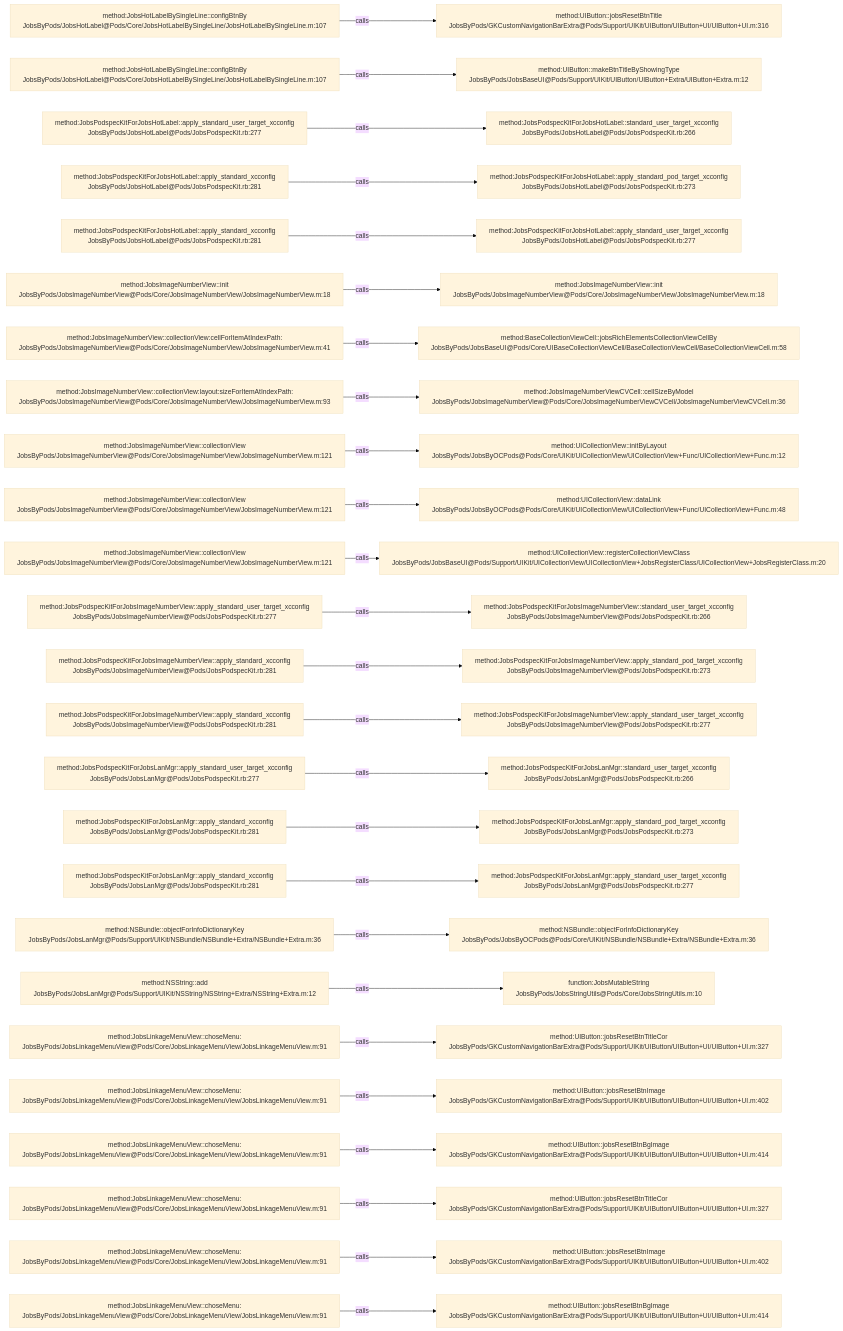
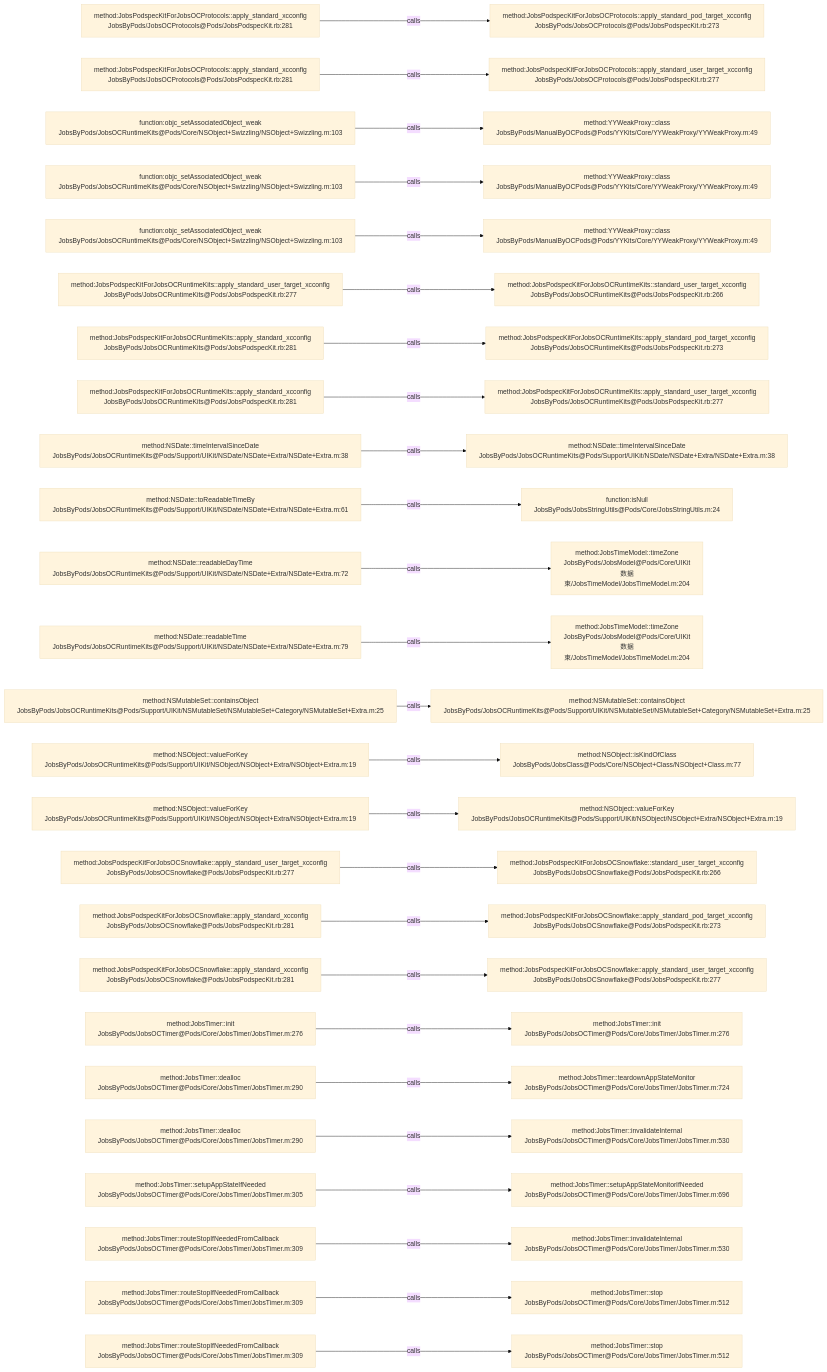
Before and after one commit to JobsKits/JobsOCBaseConfigDemo: the diagram in .codegraph/codegraph.md/graphs/calls-096.md, drawn with Mermaid (base theme). The commit also changed 573 other files, not shown here.

````diff
--- a/.codegraph/codegraph.md/graphs/calls-096.md
+++ b/.codegraph/codegraph.md/graphs/calls-096.md
@@ -13,78 +13,78 @@
 ```mermaid
 flowchart LR
-  S1["method:JobsHotLabelBySingleLine::configBtnBy<br/>JobsByPods/JobsHotLabel@Pods/Core/JobsHotLabelBySingleLine/JobsHotLabelBySingleLine.m:107"]
-  T1["method:UIButton::jobsResetBtnTitle<br/>JobsByPods/GKCustomNavigationBarExtra@Pods/Support/UIKit/UIButton/UIButton+UI/UIButton+UI.m:316"]
+  S1["method:JobsPodspecKitForJobsOCProtocols::apply_standard_xcconfig<br/>JobsByPods/JobsOCProtocols@Pods/JobsPodspecKit.rb:281"]
+  T1["method:JobsPodspecKitForJobsOCProtocols::apply_standard_pod_target_xcconfig<br/>JobsByPods/JobsOCProtocols@Pods/JobsPodspecKit.rb:273"]
   S1 -->|calls| T1
-  S2["method:JobsHotLabelBySingleLine::configBtnBy<br/>JobsByPods/JobsHotLabel@Pods/Core/JobsHotLabelBySingleLine/JobsHotLabelBySingleLine.m:107"]
-  T2["method:UIButton::makeBtnTitleByShowingType<br/>JobsByPods/JobsBaseUI@Pods/Support/UIKit/UIButton/UIButton+Extra/UIButton+Extra.m:12"]
+  S2["method:JobsPodspecKitForJobsOCProtocols::apply_standard_xcconfig<br/>JobsByPods/JobsOCProtocols@Pods/JobsPodspecKit.rb:281"]
+  T2["method:JobsPodspecKitForJobsOCProtocols::apply_standard_user_target_xcconfig<br/>JobsByPods/JobsOCProtocols@Pods/JobsPodspecKit.rb:277"]
   S2 -->|calls| T2
-  S3["method:JobsPodspecKitForJobsHotLabel::apply_standard_user_target_xcconfig<br/>JobsByPods/JobsHotLabel@Pods/JobsPodspecKit.rb:277"]
-  T3["method:JobsPodspecKitForJobsHotLabel::standard_user_target_xcconfig<br/>JobsByPods/JobsHotLabel@Pods/JobsPodspecKit.rb:266"]
+  S3["function:objc_setAssociatedObject_weak<br/>JobsByPods/JobsOCRuntimeKits@Pods/Core/NSObject+Swizzling/NSObject+Swizzling.m:103"]
+  T3["method:YYWeakProxy::class<br/>JobsByPods/ManualByOCPods@Pods/YYKits/Core/YYWeakProxy/YYWeakProxy.m:49"]
   S3 -->|calls| T3
-  S4["method:JobsPodspecKitForJobsHotLabel::apply_standard_xcconfig<br/>JobsByPods/JobsHotLabel@Pods/JobsPodspecKit.rb:281"]
-  T4["method:JobsPodspecKitForJobsHotLabel::apply_standard_pod_target_xcconfig<br/>JobsByPods/JobsHotLabel@Pods/JobsPodspecKit.rb:273"]
+  S4["function:objc_setAssociatedObject_weak<br/>JobsByPods/JobsOCRuntimeKits@Pods/Core/NSObject+Swizzling/NSObject+Swizzling.m:103"]
+  T4["method:YYWeakProxy::class<br/>JobsByPods/ManualByOCPods@Pods/YYKits/Core/YYWeakProxy/YYWeakProxy.m:49"]
   S4 -->|calls| T4
-  S5["method:JobsPodspecKitForJobsHotLabel::apply_standard_xcconfig<br/>JobsByPods/JobsHotLabel@Pods/JobsPodspecKit.rb:281"]
-  T5["method:JobsPodspecKitForJobsHotLabel::apply_standard_user_target_xcconfig<br/>JobsByPods/JobsHotLabel@Pods/JobsPodspecKit.rb:277"]
+  S5["function:objc_setAssociatedObject_weak<br/>JobsByPods/JobsOCRuntimeKits@Pods/Core/NSObject+Swizzling/NSObject+Swizzling.m:103"]
+  T5["method:YYWeakProxy::class<br/>JobsByPods/ManualByOCPods@Pods/YYKits/Core/YYWeakProxy/YYWeakProxy.m:49"]
   S5 -->|calls| T5
-  S6["method:JobsImageNumberView::init<br/>JobsByPods/JobsImageNumberView@Pods/Core/JobsImageNumberView/JobsImageNumberView.m:18"]
-  T6["method:JobsImageNumberView::init<br/>JobsByPods/JobsImageNumberView@Pods/Core/JobsImageNumberView/JobsImageNumberView.m:18"]
+  S6["method:JobsPodspecKitForJobsOCRuntimeKits::apply_standard_user_target_xcconfig<br/>JobsByPods/JobsOCRuntimeKits@Pods/JobsPodspecKit.rb:277"]
+  T6["method:JobsPodspecKitForJobsOCRuntimeKits::standard_user_target_xcconfig<br/>JobsByPods/JobsOCRuntimeKits@Pods/JobsPodspecKit.rb:266"]
   S6 -->|calls| T6
-  S7["method:JobsImageNumberView::collectionView:cellForItemAtIndexPath:<br/>JobsByPods/JobsImageNumberView@Pods/Core/JobsImageNumberView/JobsImageNumberView.m:41"]
-  T7["method:BaseCollectionViewCell::jobsRichElementsCollectionViewCellBy<br/>JobsByPods/JobsBaseUI@Pods/Core/UIBaseCollectionViewCell/BaseCollectionViewCell/BaseCollectionViewCell.m:58"]
+  S7["method:JobsPodspecKitForJobsOCRuntimeKits::apply_standard_xcconfig<br/>JobsByPods/JobsOCRuntimeKits@Pods/JobsPodspecKit.rb:281"]
+  T7["method:JobsPodspecKitForJobsOCRuntimeKits::apply_standard_pod_target_xcconfig<br/>JobsByPods/JobsOCRuntimeKits@Pods/JobsPodspecKit.rb:273"]
   S7 -->|calls| T7
-  S8["method:JobsImageNumberView::collectionView:layout:sizeForItemAtIndexPath:<br/>JobsByPods/JobsImageNumberView@Pods/Core/JobsImageNumberView/JobsImageNumberView.m:93"]
-  T8["method:JobsImageNumberViewCVCell::cellSizeByModel<br/>JobsByPods/JobsImageNumberView@Pods/Core/JobsImageNumberViewCVCell/JobsImageNumberViewCVCell.m:36"]
+  S8["method:JobsPodspecKitForJobsOCRuntimeKits::apply_standard_xcconfig<br/>JobsByPods/JobsOCRuntimeKits@Pods/JobsPodspecKit.rb:281"]
+  T8["method:JobsPodspecKitForJobsOCRuntimeKits::apply_standard_user_target_xcconfig<br/>JobsByPods/JobsOCRuntimeKits@Pods/JobsPodspecKit.rb:277"]
   S8 -->|calls| T8
-  S9["method:JobsImageNumberView::collectionView<br/>JobsByPods/JobsImageNumberView@Pods/Core/JobsImageNumberView/JobsImageNumberView.m:121"]
-  T9["method:UICollectionView::initByLayout<br/>JobsByPods/JobsByOCPods@Pods/Core/UIKit/UICollectionView/UICollectionView+Func/UICollectionView+Func.m:12"]
+  S9["method:NSDate::timeIntervalSinceDate<br/>JobsByPods/JobsOCRuntimeKits@Pods/Support/UIKit/NSDate/NSDate+Extra/NSDate+Extra.m:38"]
+  T9["method:NSDate::timeIntervalSinceDate<br/>JobsByPods/JobsOCRuntimeKits@Pods/Support/UIKit/NSDate/NSDate+Extra/NSDate+Extra.m:38"]
   S9 -->|calls| T9
-  S10["method:JobsImageNumberView::collectionView<br/>JobsByPods/JobsImageNumberView@Pods/Core/JobsImageNumberView/JobsImageNumberView.m:121"]
-  T10["method:UICollectionView::dataLink<br/>JobsByPods/JobsByOCPods@Pods/Core/UIKit/UICollectionView/UICollectionView+Func/UICollectionView+Func.m:48"]
+  S10["method:NSDate::toReadableTimeBy<br/>JobsByPods/JobsOCRuntimeKits@Pods/Support/UIKit/NSDate/NSDate+Extra/NSDate+Extra.m:61"]
+  T10["function:isNull<br/>JobsByPods/JobsStringUtils@Pods/Core/JobsStringUtils.m:24"]
   S10 -->|calls| T10
-  S11["method:JobsImageNumberView::collectionView<br/>JobsByPods/JobsImageNumberView@Pods/Core/JobsImageNumberView/JobsImageNumberView.m:121"]
-  T11["method:UICollectionView::registerCollectionViewClass<br/>JobsByPods/JobsBaseUI@Pods/Support/UIKit/UICollectionView/UICollectionView+JobsRegisterClass/UICollectionView+JobsRegisterClass.m:20"]
+  S11["method:NSDate::readableDayTime<br/>JobsByPods/JobsOCRuntimeKits@Pods/Support/UIKit/NSDate/NSDate+Extra/NSDate+Extra.m:72"]
+  T11["method:JobsTimeModel::timeZone<br/>JobsByPods/JobsModel@Pods/Core/UIKit数据束/JobsTimeModel/JobsTimeModel.m:204"]
   S11 -->|calls| T11
-  S12["method:JobsPodspecKitForJobsImageNumberView::apply_standard_user_target_xcconfig<br/>JobsByPods/JobsImageNumberView@Pods/JobsPodspecKit.rb:277"]
-  T12["method:JobsPodspecKitForJobsImageNumberView::standard_user_target_xcconfig<br/>JobsByPods/JobsImageNumberView@Pods/JobsPodspecKit.rb:266"]
+  S12["method:NSDate::readableTime<br/>JobsByPods/JobsOCRuntimeKits@Pods/Support/UIKit/NSDate/NSDate+Extra/NSDate+Extra.m:79"]
+  T12["method:JobsTimeModel::timeZone<br/>JobsByPods/JobsModel@Pods/Core/UIKit数据束/JobsTimeModel/JobsTimeModel.m:204"]
   S12 -->|calls| T12
-  S13["method:JobsPodspecKitForJobsImageNumberView::apply_standard_xcconfig<br/>JobsByPods/JobsImageNumberView@Pods/JobsPodspecKit.rb:281"]
-  T13["method:JobsPodspecKitForJobsImageNumberView::apply_standard_pod_target_xcconfig<br/>JobsByPods/JobsImageNumberView@Pods/JobsPodspecKit.rb:273"]
+  S13["method:NSMutableSet::containsObject<br/>JobsByPods/JobsOCRuntimeKits@Pods/Support/UIKit/NSMutableSet/NSMutableSet+Category/NSMutableSet+Extra.m:25"]
+  T13["method:NSMutableSet::containsObject<br/>JobsByPods/JobsOCRuntimeKits@Pods/Support/UIKit/NSMutableSet/NSMutableSet+Category/NSMutableSet+Extra.m:25"]
   S13 -->|calls| T13
-  S14["method:JobsPodspecKitForJobsImageNumberView::apply_standard_xcconfig<br/>JobsByPods/JobsImageNumberView@Pods/JobsPodspecKit.rb:281"]
-  T14["method:JobsPodspecKitForJobsImageNumberView::apply_standard_user_target_xcconfig<br/>JobsByPods/JobsImageNumberView@Pods/JobsPodspecKit.rb:277"]
+  S14["method:NSObject::valueForKey<br/>JobsByPods/JobsOCRuntimeKits@Pods/Support/UIKit/NSObject/NSObject+Extra/NSObject+Extra.m:19"]
+  T14["method:NSObject::isKindOfClass<br/>JobsByPods/JobsClass@Pods/Core/NSObject+Class/NSObject+Class.m:77"]
   S14 -->|calls| T14
-  S15["method:JobsPodspecKitForJobsLanMgr::apply_standard_user_target_xcconfig<br/>JobsByPods/JobsLanMgr@Pods/JobsPodspecKit.rb:277"]
-  T15["method:JobsPodspecKitForJobsLanMgr::standard_user_target_xcconfig<br/>JobsByPods/JobsLanMgr@Pods/JobsPodspecKit.rb:266"]
+  S15["method:NSObject::valueForKey<br/>JobsByPods/JobsOCRuntimeKits@Pods/Support/UIKit/NSObject/NSObject+Extra/NSObject+Extra.m:19"]
+  T15["method:NSObject::valueForKey<br/>JobsByPods/JobsOCRuntimeKits@Pods/Support/UIKit/NSObject/NSObject+Extra/NSObject+Extra.m:19"]
   S15 -->|calls| T15
-  S16["method:JobsPodspecKitForJobsLanMgr::apply_standard_xcconfig<br/>JobsByPods/JobsLanMgr@Pods/JobsPodspecKit.rb:281"]
-  T16["method:JobsPodspecKitForJobsLanMgr::apply_standard_pod_target_xcconfig<br/>JobsByPods/JobsLanMgr@Pods/JobsPodspecKit.rb:273"]
+  S16["method:JobsPodspecKitForJobsOCSnowflake::apply_standard_user_target_xcconfig<br/>JobsByPods/JobsOCSnowflake@Pods/JobsPodspecKit.rb:277"]
+  T16["method:JobsPodspecKitForJobsOCSnowflake::standard_user_target_xcconfig<br/>JobsByPods/JobsOCSnowflake@Pods/JobsPodspecKit.rb:266"]
   S16 -->|calls| T16
-  S17["method:JobsPodspecKitForJobsLanMgr::apply_standard_xcconfig<br/>JobsByPods/JobsLanMgr@Pods/JobsPodspecKit.rb:281"]
-  T17["method:JobsPodspecKitForJobsLanMgr::apply_standard_user_target_xcconfig<br/>JobsByPods/JobsLanMgr@Pods/JobsPodspecKit.rb:277"]
+  S17["method:JobsPodspecKitForJobsOCSnowflake::apply_standard_xcconfig<br/>JobsByPods/JobsOCSnowflake@Pods/JobsPodspecKit.rb:281"]
+  T17["method:JobsPodspecKitForJobsOCSnowflake::apply_standard_pod_target_xcconfig<br/>JobsByPods/JobsOCSnowflake@Pods/JobsPodspecKit.rb:273"]
   S17 -->|calls| T17
-  S18["method:NSBundle::objectForInfoDictionaryKey<br/>JobsByPods/JobsLanMgr@Pods/Support/UIKit/NSBundle/NSBundle+Extra/NSBundle+Extra.m:36"]
-  T18["method:NSBundle::objectForInfoDictionaryKey<br/>JobsByPods/JobsByOCPods@Pods/Core/UIKit/NSBundle/NSBundle+Extra/NSBundle+Extra.m:36"]
+  S18["method:JobsPodspecKitForJobsOCSnowflake::apply_standard_xcconfig<br/>JobsByPods/JobsOCSnowflake@Pods/JobsPodspecKit.rb:281"]
+  T18["method:JobsPodspecKitForJobsOCSnowflake::apply_standard_user_target_xcconfig<br/>JobsByPods/JobsOCSnowflake@Pods/JobsPodspecKit.rb:277"]
   S18 -->|calls| T18
-  S19["method:NSString::add<br/>JobsByPods/JobsLanMgr@Pods/Support/UIKit/NSString/NSString+Extra/NSString+Extra.m:12"]
-  T19["function:JobsMutableString<br/>JobsByPods/JobsStringUtils@Pods/Core/JobsStringUtils.m:10"]
+  S19["method:JobsTimer::init<br/>JobsByPods/JobsOCTimer@Pods/Core/JobsTimer/JobsTimer.m:276"]
+  T19["method:JobsTimer::init<br/>JobsByPods/JobsOCTimer@Pods/Core/JobsTimer/JobsTimer.m:276"]
   S19 -->|calls| T19
-  S20["method:JobsLinkageMenuView::choseMenu:<br/>JobsByPods/JobsLinkageMenuView@Pods/Core/JobsLinkageMenuView/JobsLinkageMenuView.m:91"]
-  T20["method:UIButton::jobsResetBtnTitleCor<br/>JobsByPods/GKCustomNavigationBarExtra@Pods/Support/UIKit/UIButton/UIButton+UI/UIButton+UI.m:327"]
+  S20["method:JobsTimer::dealloc<br/>JobsByPods/JobsOCTimer@Pods/Core/JobsTimer/JobsTimer.m:290"]
+  T20["method:JobsTimer::teardownAppStateMonitor<br/>JobsByPods/JobsOCTimer@Pods/Core/JobsTimer/JobsTimer.m:724"]
   S20 -->|calls| T20
-  S21["method:JobsLinkageMenuView::choseMenu:<br/>JobsByPods/JobsLinkageMenuView@Pods/Core/JobsLinkageMenuView/JobsLinkageMenuView.m:91"]
-  T21["method:UIButton::jobsResetBtnImage<br/>JobsByPods/GKCustomNavigationBarExtra@Pods/Support/UIKit/UIButton/UIButton+UI/UIButton+UI.m:402"]
+  S21["method:JobsTimer::dealloc<br/>JobsByPods/JobsOCTimer@Pods/Core/JobsTimer/JobsTimer.m:290"]
+  T21["method:JobsTimer::invalidateInternal<br/>JobsByPods/JobsOCTimer@Pods/Core/JobsTimer/JobsTimer.m:530"]
   S21 -->|calls| T21
-  S22["method:JobsLinkageMenuView::choseMenu:<br/>JobsByPods/JobsLinkageMenuView@Pods/Core/JobsLinkageMenuView/JobsLinkageMenuView.m:91"]
-  T22["method:UIButton::jobsResetBtnBgImage<br/>JobsByPods/GKCustomNavigationBarExtra@Pods/Support/UIKit/UIButton/UIButton+UI/UIButton+UI.m:414"]
+  S22["method:JobsTimer::setupAppStateIfNeeded<br/>JobsByPods/JobsOCTimer@Pods/Core/JobsTimer/JobsTimer.m:305"]
+  T22["method:JobsTimer::setupAppStateMonitorIfNeeded<br/>JobsByPods/JobsOCTimer@Pods/Core/JobsTimer/JobsTimer.m:696"]
   S22 -->|calls| T22
-  S23["method:JobsLinkageMenuView::choseMenu:<br/>JobsByPods/JobsLinkageMenuView@Pods/Core/JobsLinkageMenuView/JobsLinkageMenuView.m:91"]
-  T23["method:UIButton::jobsResetBtnTitleCor<br/>JobsByPods/GKCustomNavigationBarExtra@Pods/Support/UIKit/UIButton/UIButton+UI/UIButton+UI.m:327"]
+  S23["method:JobsTimer::routeStopIfNeededFromCallback<br/>JobsByPods/JobsOCTimer@Pods/Core/JobsTimer/JobsTimer.m:309"]
+  T23["method:JobsTimer::invalidateInternal<br/>JobsByPods/JobsOCTimer@Pods/Core/JobsTimer/JobsTimer.m:530"]
   S23 -->|calls| T23
-  S24["method:JobsLinkageMenuView::choseMenu:<br/>JobsByPods/JobsLinkageMenuView@Pods/Core/JobsLinkageMenuView/JobsLinkageMenuView.m:91"]
-  T24["method:UIButton::jobsResetBtnImage<br/>JobsByPods/GKCustomNavigationBarExtra@Pods/Support/UIKit/UIButton/UIButton+UI/UIButton+UI.m:402"]
+  S24["method:JobsTimer::routeStopIfNeededFromCallback<br/>JobsByPods/JobsOCTimer@Pods/Core/JobsTimer/JobsTimer.m:309"]
+  T24["method:JobsTimer::stop<br/>JobsByPods/JobsOCTimer@Pods/Core/JobsTimer/JobsTimer.m:512"]
   S24 -->|calls| T24
-  S25["method:JobsLinkageMenuView::choseMenu:<br/>JobsByPods/JobsLinkageMenuView@Pods/Core/JobsLinkageMenuView/JobsLinkageMenuView.m:91"]
-  T25["method:UIButton::jobsResetBtnBgImage<br/>JobsByPods/GKCustomNavigationBarExtra@Pods/Support/UIKit/UIButton/UIButton+UI/UIButton+UI.m:414"]
+  S25["method:JobsTimer::routeStopIfNeededFromCallback<br/>JobsByPods/JobsOCTimer@Pods/Core/JobsTimer/JobsTimer.m:309"]
+  T25["method:JobsTimer::stop<br/>JobsByPods/JobsOCTimer@Pods/Core/JobsTimer/JobsTimer.m:512"]
   S25 -->|calls| T25
 ```
````
